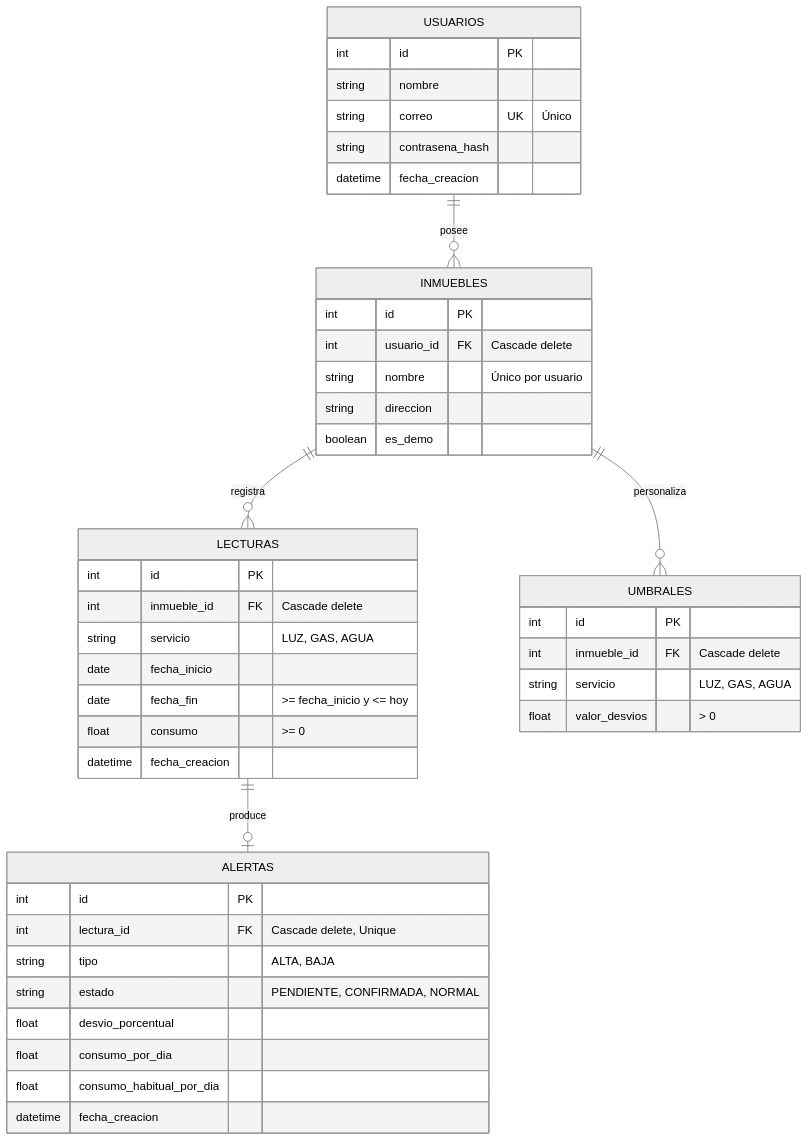
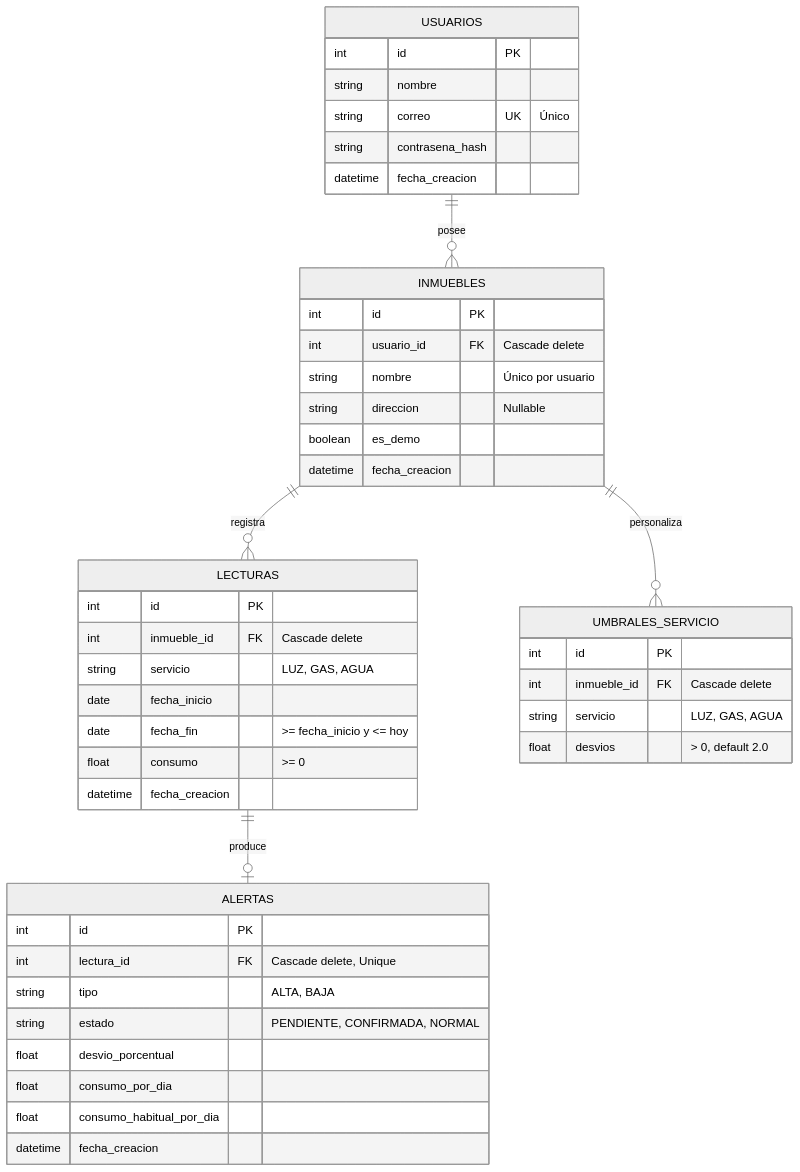
Before and after one commit to CuyoDevs/EcoDet: the diagram in docs/diseno/diagramas/modelo-datos.md, drawn with Mermaid (neutral theme). The commit also changed 14 other files, not shown here.

Commit message:
docs: ordenar repositorio, sincronizar diagramas UML SVG, README y modelo de datos (#35)

````diff
--- a/docs/diseno/diagramas/modelo-datos.md
+++ b/docs/diseno/diagramas/modelo-datos.md
@@ -8,51 +8,52 @@
 ```mermaid
 erDiagram
     USUARIOS ||--o{ INMUEBLES : posee
     INMUEBLES ||--o{ LECTURAS : registra
-    INMUEBLES ||--o{ UMBRALES : personaliza
+    INMUEBLES ||--o{ UMBRALES_SERVICIO : personaliza
     LECTURAS ||--o| ALERTAS : produce
 
     USUARIOS {
         int id PK
         string nombre
         string correo UK "Único"
         string contrasena_hash
         datetime fecha_creacion
     }
 
     INMUEBLES {
         int id PK
         int usuario_id FK "Cascade delete"
         string nombre "Único por usuario"
-        string direccion
+        string direccion "Nullable"
         boolean es_demo
+        datetime fecha_creacion
     }
 
     LECTURAS {
         int id PK
         int inmueble_id FK "Cascade delete"
         string servicio "LUZ, GAS, AGUA"
         date fecha_inicio
         date fecha_fin ">= fecha_inicio y <= hoy"
         float consumo ">= 0"
         datetime fecha_creacion
     }
 
-    UMBRALES {
+    UMBRALES_SERVICIO {
         int id PK
         int inmueble_id FK "Cascade delete"
         string servicio "LUZ, GAS, AGUA"
-        float valor_desvios "> 0"
+        float desvios "> 0, default 2.0"
     }
 
     ALERTAS {
         int id PK
         int lectura_id FK "Cascade delete, Unique"
         string tipo "ALTA, BAJA"
         string estado "PENDIENTE, CONFIRMADA, NORMAL"
         float desvio_porcentual
         float consumo_por_dia
         float consumo_habitual_por_dia
         datetime fecha_creacion
     }
 ```
````
